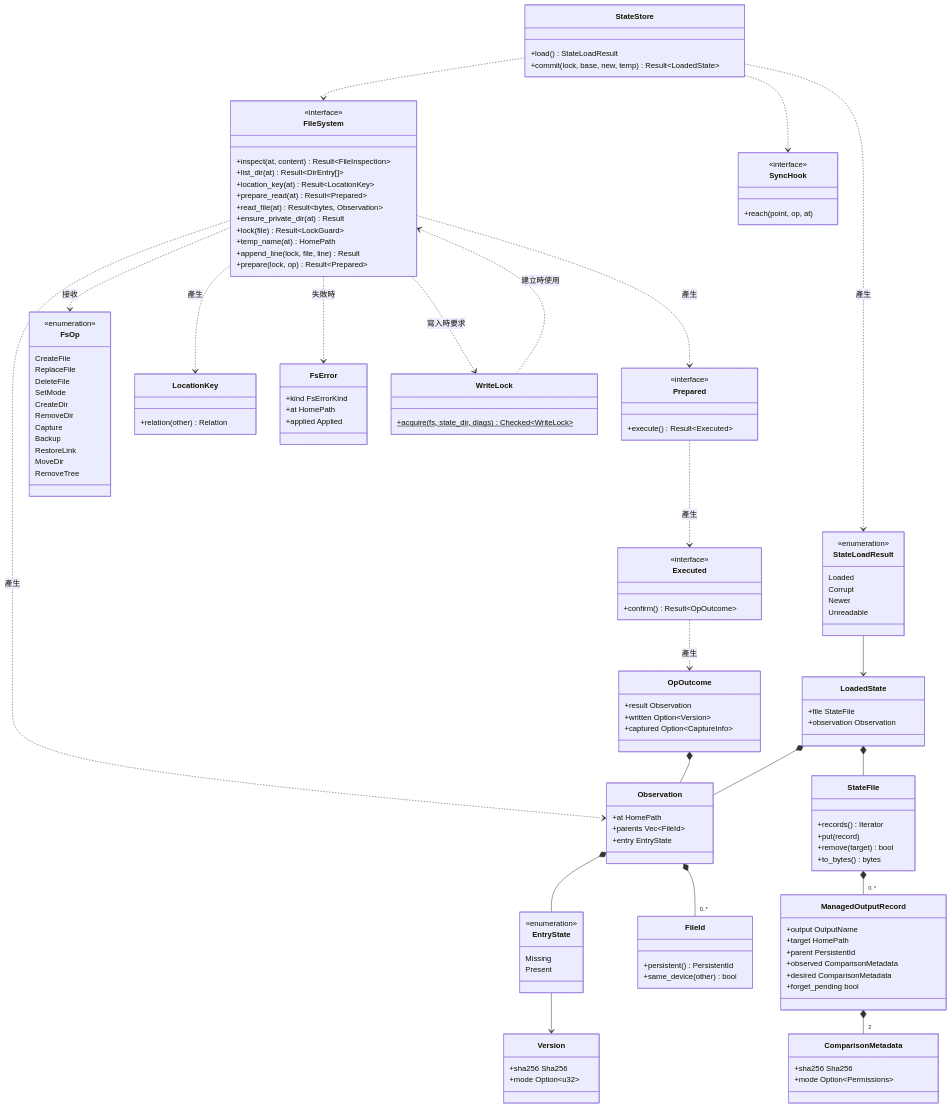
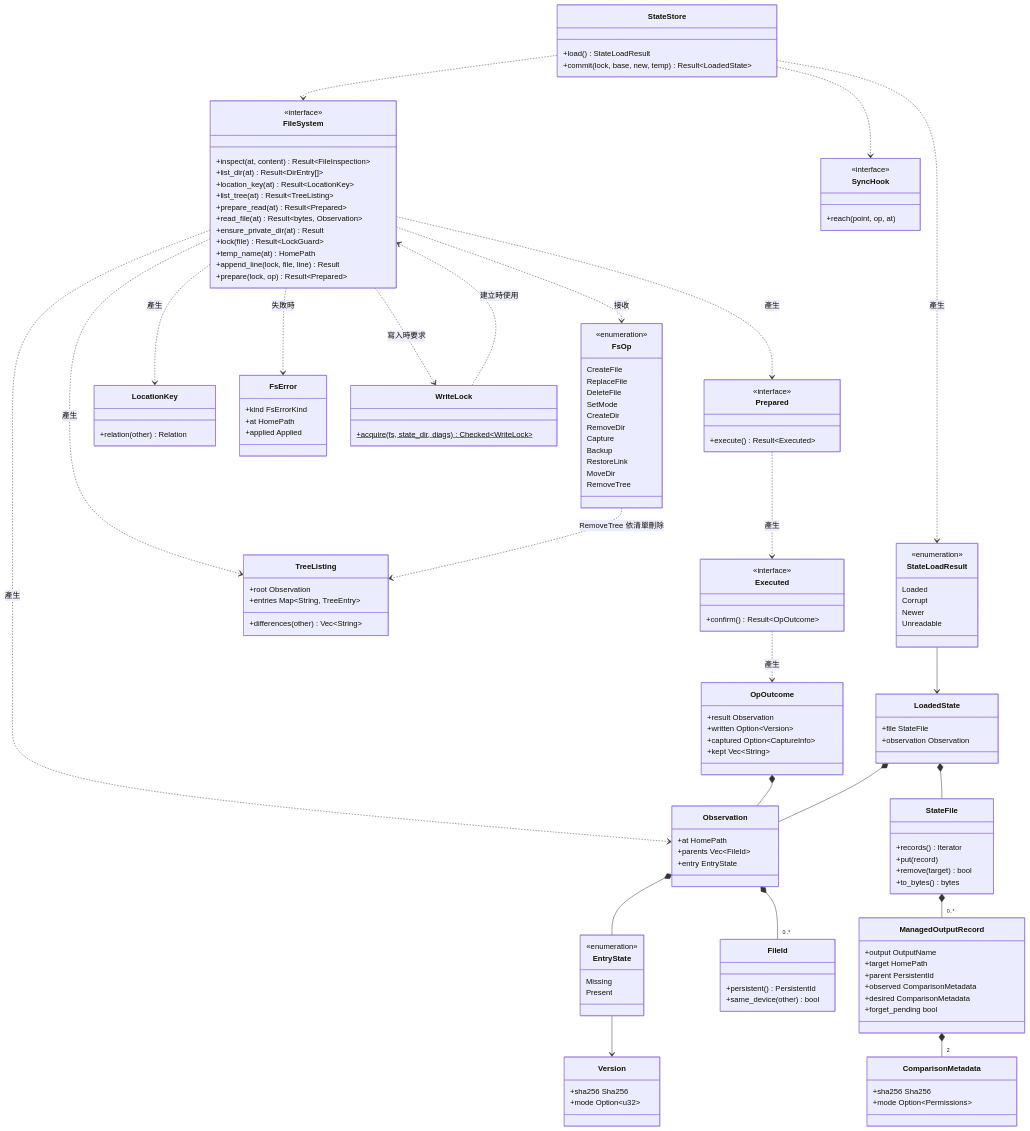
The seventh of 10 diagrams in docs/05-detailed-design/uml.md (accidental-two-timer-sam-woof/rosamta-waterfall), drawn with Mermaid before and after one commit. The commit also changed 1 other file, not shown here.

Commit message:
docs(detailed-design): keep the cloned source when withdrawal finds changes

```diff
--- a/docs/05-detailed-design/uml.md
+++ b/docs/05-detailed-design/uml.md
@@ -465,6 +465,7 @@
         +inspect(at, content) Result~FileInspection~
         +list_dir(at) Result~DirEntry[]~
         +location_key(at) Result~LocationKey~
+        +list_tree(at) Result~TreeListing~
         +prepare_read(at) Result~Prepared~
         +read_file(at) Result~bytes, Observation~
         +ensure_private_dir(at) Result
@@ -499,6 +500,12 @@
         +result Observation
         +written Option~Version~
         +captured Option~CaptureInfo~
+        +kept Vec~String~
+    }
+    class TreeListing {
+        +root Observation
+        +entries Map~String, TreeEntry~
+        +differences(other) Vec~String~
     }
     class Observation {
         +at HomePath
@@ -573,6 +580,8 @@
     Executed ..> OpOutcome : 產生
     FileSystem ..> Observation : 產生
     FileSystem ..> LocationKey : 產生
+    FileSystem ..> TreeListing : 產生
+    FsOp ..> TreeListing : RemoveTree 依清單刪除
     FileSystem ..> FsError : 失敗時
     FileSystem ..> WriteLock : 寫入時要求
     WriteLock ..> FileSystem : 建立時使用
```
